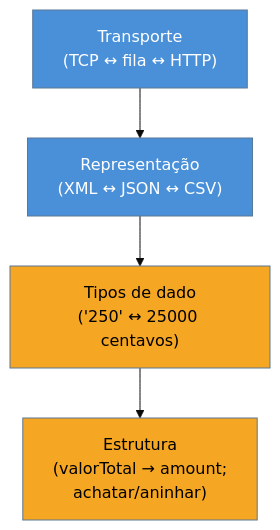
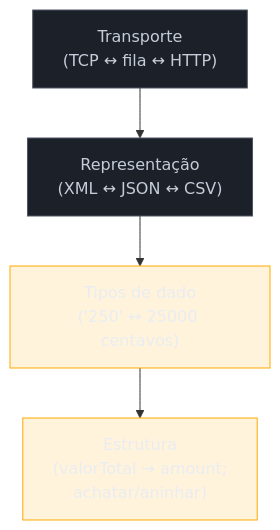
One commit to josenaldo/codex-technomanticus changed the diagram in 03-Dominios/Engenharia/Design de Software/Padrões de Projeto/Integração Empresarial (EIP)/08 - Message Translator + Normalizer.md. Above: the diagram before and after it, drawn with Mermaid. The commit also changed 1181 other files, not shown here.

First line of the commit message:
fix(diagramas): paleta do sistema no lugar de cor cravada no markdown

````diff
--- a/03-Dominios/Engenharia/Design de Software/Padrões de Projeto/Integração Empresarial (EIP)/08 - Message Translator + Normalizer.md
+++ b/03-Dominios/Engenharia/Design de Software/Padrões de Projeto/Integração Empresarial (EIP)/08 - Message Translator + Normalizer.md
@@ -39,12 +39,13 @@
 ```mermaid
-%%{init: {"theme": "base", "themeVariables": {"primaryColor": "#4A90D9"}}}%%
 graph TD
+    classDef neutro fill:#1B2029,stroke:#4E5666,color:#C6CCD8
+    classDef destaque fill:#FFAA0024,stroke:#FFAA00,color:#E9ECF2
     T["Transporte<br/>(TCP ↔ fila ↔ HTTP)"] --> R["Representação<br/>(XML ↔ JSON ↔ CSV)"]
     R --> D["Tipos de dado<br/>('250' ↔ 25000 centavos)"]
     D --> E["Estrutura<br/>(valorTotal → amount;<br/>achatar/aninhar)"]
 
-    style T fill:#4A90D9,color:#fff
-    style R fill:#4A90D9,color:#fff
-    style D fill:#F5A623,color:#000
-    style E fill:#F5A623,color:#000
+    class T neutro
+    class R neutro
+    class D destaque
+    class E destaque
 ```
````
